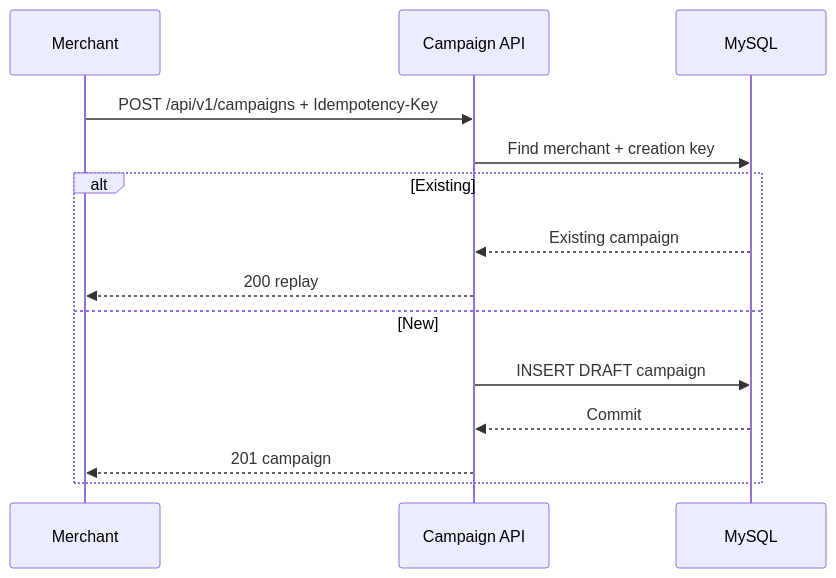
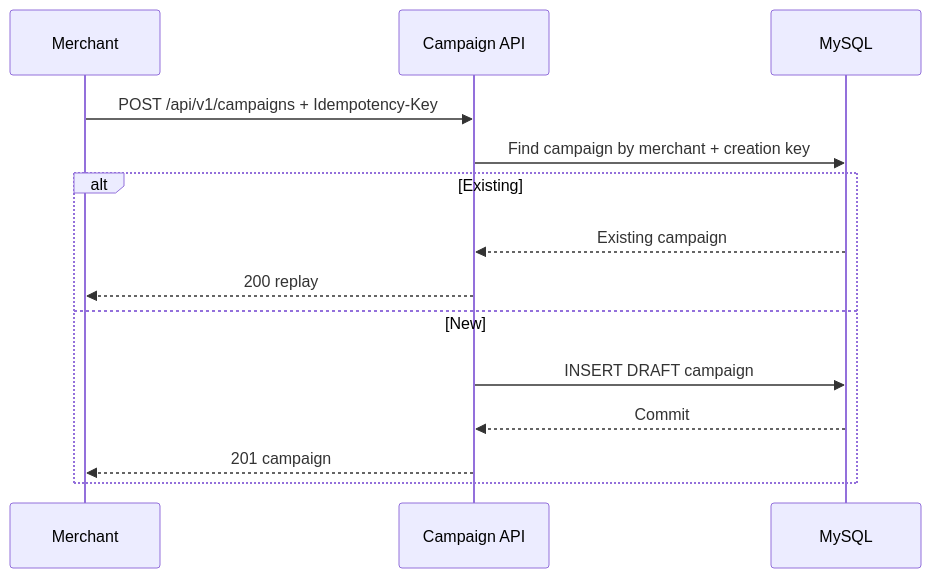
The seventh of 14 diagrams in SOLUTION.md (PhamDinhDuy-2508/Voucher-claim-system), drawn with Mermaid before and after one commit. The commit also changed other lines of this file, not shown here.

Commit message:
docs: align claim sequences with implementation

````diff
--- a/SOLUTION.md
+++ b/SOLUTION.md
@@ -403,17 +403,17 @@
 ```mermaid
 sequenceDiagram
     participant M as Merchant
     participant API as Campaign API
     participant DB as MySQL
 
     M->>API: POST /api/v1/campaigns + Idempotency-Key
-    API->>DB: Find merchant + creation key
+    API->>DB: Find campaign by merchant + creation key
     alt Existing
         DB-->>API: Existing campaign
         API-->>M: 200 replay
     else New
         API->>DB: INSERT DRAFT campaign
         DB-->>API: Commit
         API-->>M: 201 campaign
     end
 ```
````
